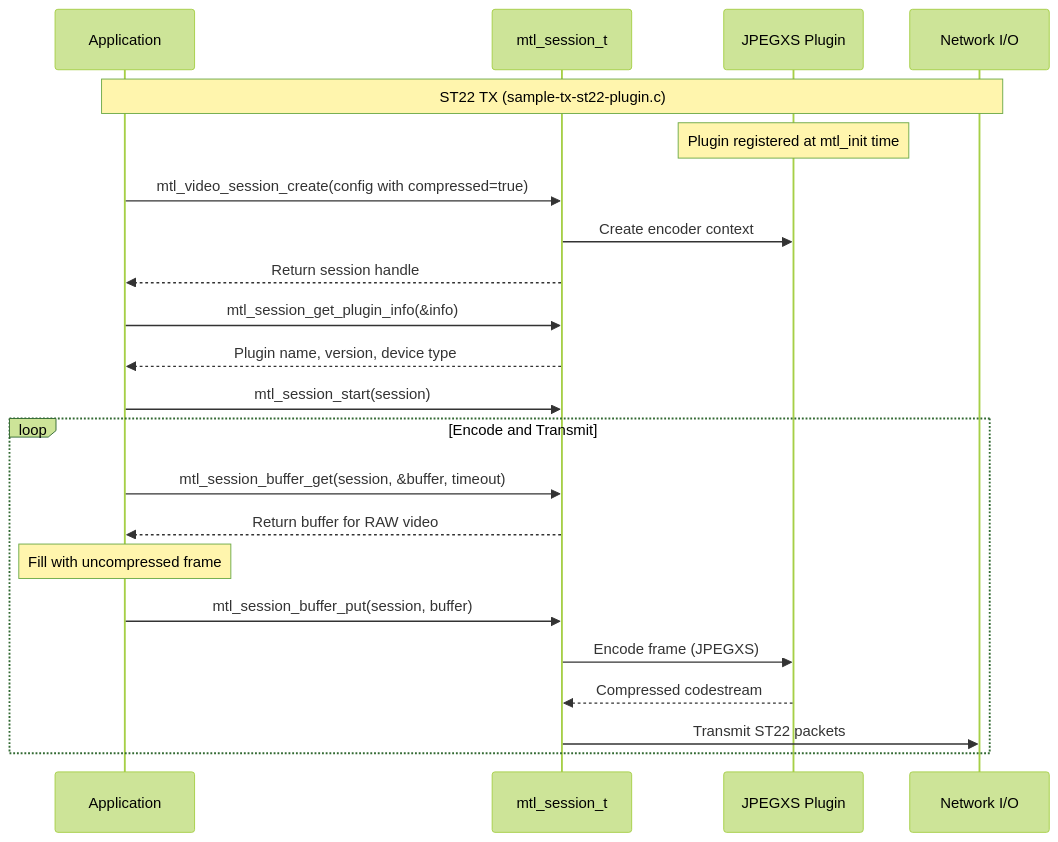
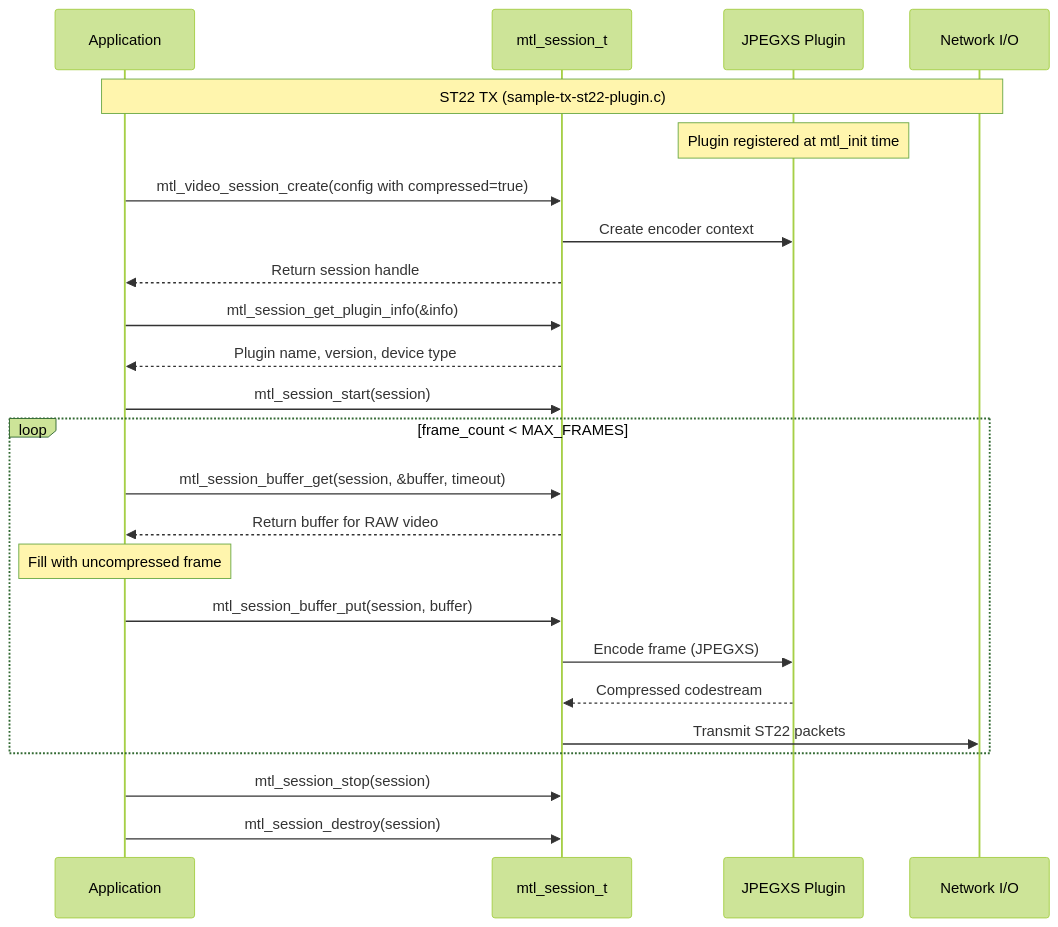
The eighth of 10 diagrams in doc/new_API/samples/diagrams.md (OpenVisualCloud/Media-Transport-Library), drawn with Mermaid (forest theme) before and after one commit. The commit also changed other lines of this file and 14 other files, not shown here.

````diff
--- a/doc/new_API/samples/diagrams.md
+++ b/doc/new_API/samples/diagrams.md
@@ -239,32 +243,35 @@
 ```mermaid
 sequenceDiagram
     participant App as Application
     participant Session as mtl_session_t
     participant Plugin as JPEGXS Plugin
     participant Network as Network I/O
     
     Note over App,Network: ST22 TX (sample-tx-st22-plugin.c)
     
     Note over Plugin: Plugin registered at mtl_init time
     
     App->>Session: mtl_video_session_create(config with compressed=true)
     Session->>Plugin: Create encoder context
     Session-->>App: Return session handle
     
     App->>Session: mtl_session_get_plugin_info(&info)
     Session-->>App: Plugin name, version, device type
     
     App->>Session: mtl_session_start(session)
     
-    loop Encode and Transmit
+    loop frame_count < MAX_FRAMES
         App->>Session: mtl_session_buffer_get(session, &buffer, timeout)
         Session-->>App: Return buffer for RAW video
         
         Note over App: Fill with uncompressed frame
         
         App->>Session: mtl_session_buffer_put(session, buffer)
         Session->>Plugin: Encode frame (JPEGXS)
         Plugin-->>Session: Compressed codestream
         Session->>Network: Transmit ST22 packets
     end
+    
+    App->>Session: mtl_session_stop(session)
+    App->>Session: mtl_session_destroy(session)
 ```
````
